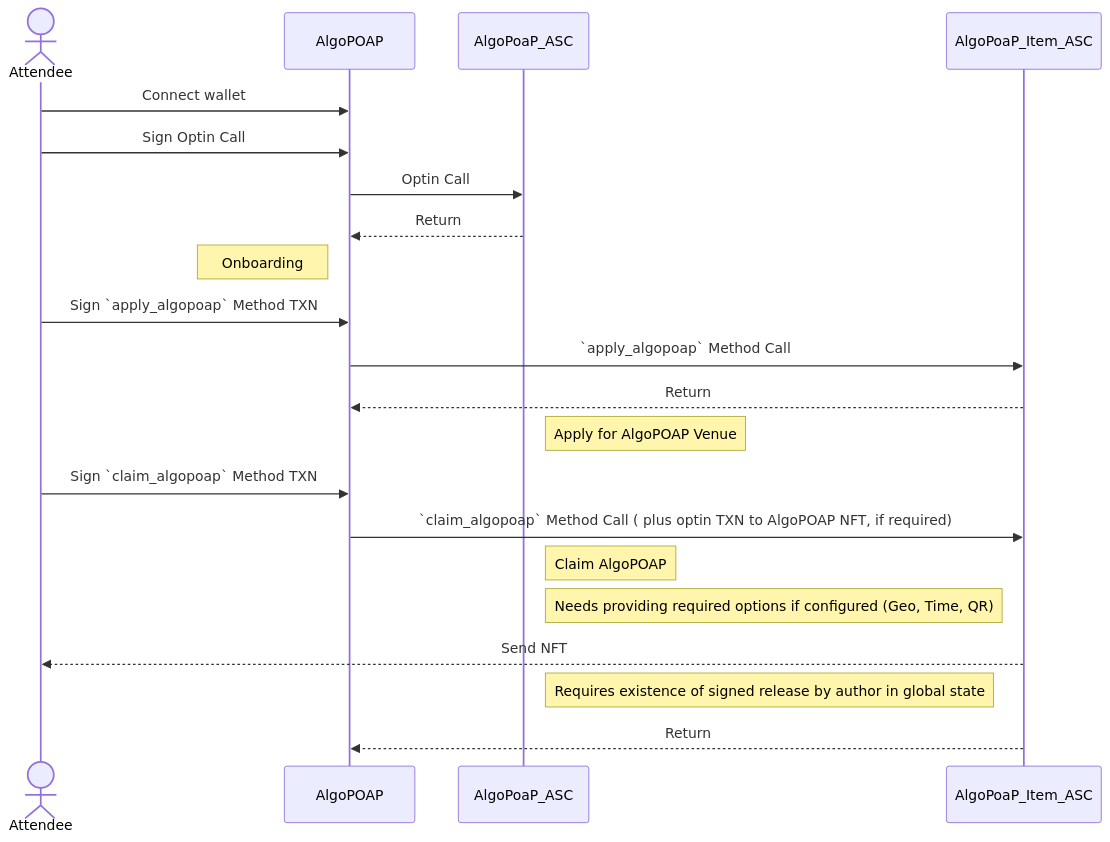
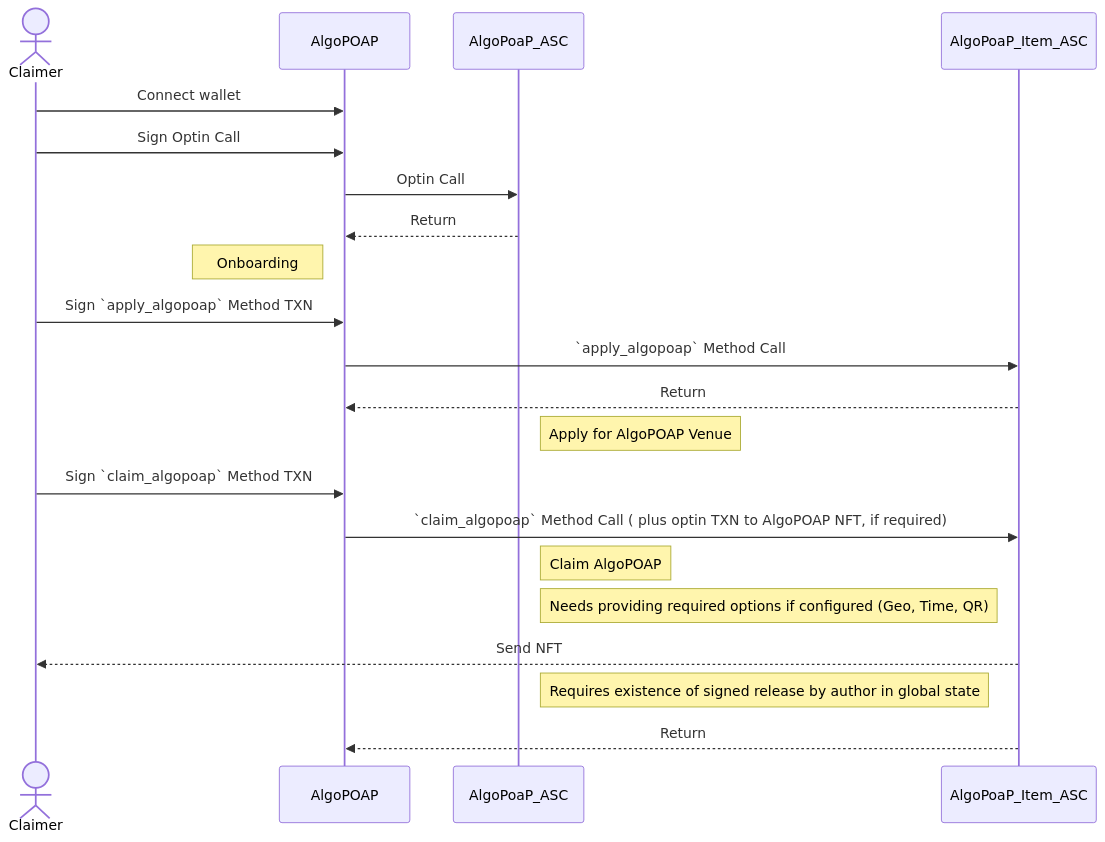
Before and after one commit to GoPlausible/.github: the third of 8 diagrams in profile/README.md, drawn with Mermaid. The commit also changed other lines of this file, not shown here.

````diff
--- a/profile/README.md
+++ b/profile/README.md
@@ -238,27 +173,27 @@
 ```mermaid
 sequenceDiagram 
-actor Attendee
+actor Claimer
 participant AlgoPOAP
 participant AlgoPoaP_ASC
 participant AlgoPoaP_Item_ASC
-Attendee ->> AlgoPOAP: Connect wallet
-Attendee ->> AlgoPOAP: Sign Optin Call
+Claimer ->> AlgoPOAP: Connect wallet
+Claimer ->> AlgoPOAP: Sign Optin Call
 AlgoPOAP ->> AlgoPoaP_ASC: Optin Call
 AlgoPoaP_ASC -->> AlgoPOAP: Return
 Note left of AlgoPOAP: Onboarding
 
-Attendee ->> AlgoPOAP: Sign `apply_algopoap` Method TXN
+Claimer ->> AlgoPOAP: Sign `apply_algopoap` Method TXN
 AlgoPOAP ->> AlgoPoaP_Item_ASC:  `apply_algopoap` Method Call
 AlgoPoaP_Item_ASC -->> AlgoPOAP: Return
 Note right of AlgoPoaP_ASC: Apply for AlgoPOAP Venue
 
 
-Attendee ->> AlgoPOAP: Sign `claim_algopoap` Method TXN
+Claimer ->> AlgoPOAP: Sign `claim_algopoap` Method TXN
 AlgoPOAP ->> AlgoPoaP_Item_ASC: `claim_algopoap` Method Call ( plus optin TXN to AlgoPOAP NFT, if required)
 Note right of AlgoPoaP_ASC: Claim AlgoPOAP
 Note right of AlgoPoaP_ASC: Needs providing required options if configured (Geo, Time, QR)
-AlgoPoaP_Item_ASC -->> Attendee: Send NFT
+AlgoPoaP_Item_ASC -->> Claimer: Send NFT
 Note right of AlgoPoaP_ASC: Requires existence of signed release by author in global state
 AlgoPoaP_Item_ASC -->> AlgoPOAP: Return
 
 ```
````
